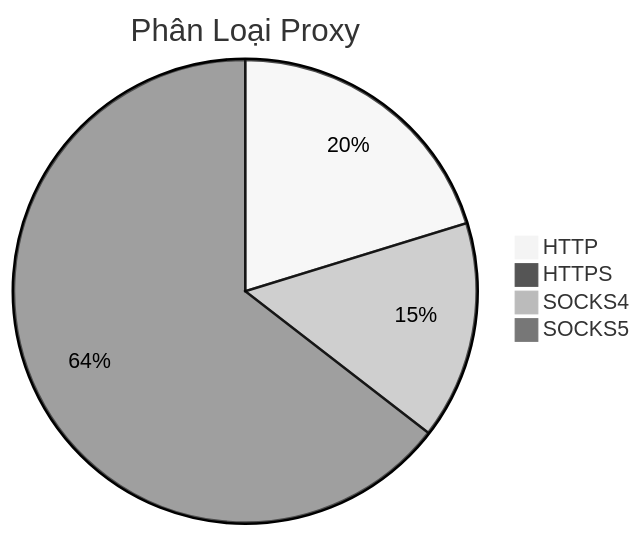
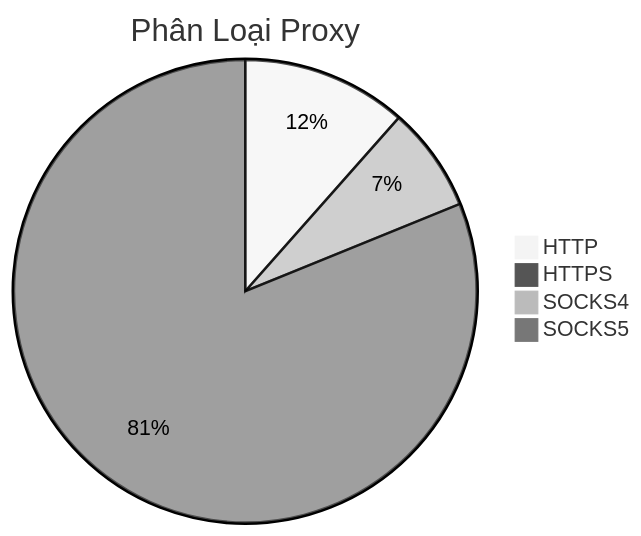
One commit to Ciara-Aa/PROXY-free changed the diagram in README.md. Above: the diagram before and after it, drawn with Mermaid (neutral theme). The commit also changed other lines of this file and 4 other files, not shown here.

````diff
--- a/README.md
+++ b/README.md
@@ -26,7 +26,7 @@
 ```mermaid
 pie title Phân Loại Proxy
-    "HTTP" : 387
+    "HTTP" : 408
     "HTTPS" : 2
-    "SOCKS4" : 291
-    "SOCKS5" : 1233
+    "SOCKS4" : 259
+    "SOCKS5" : 2872
 ```
````
